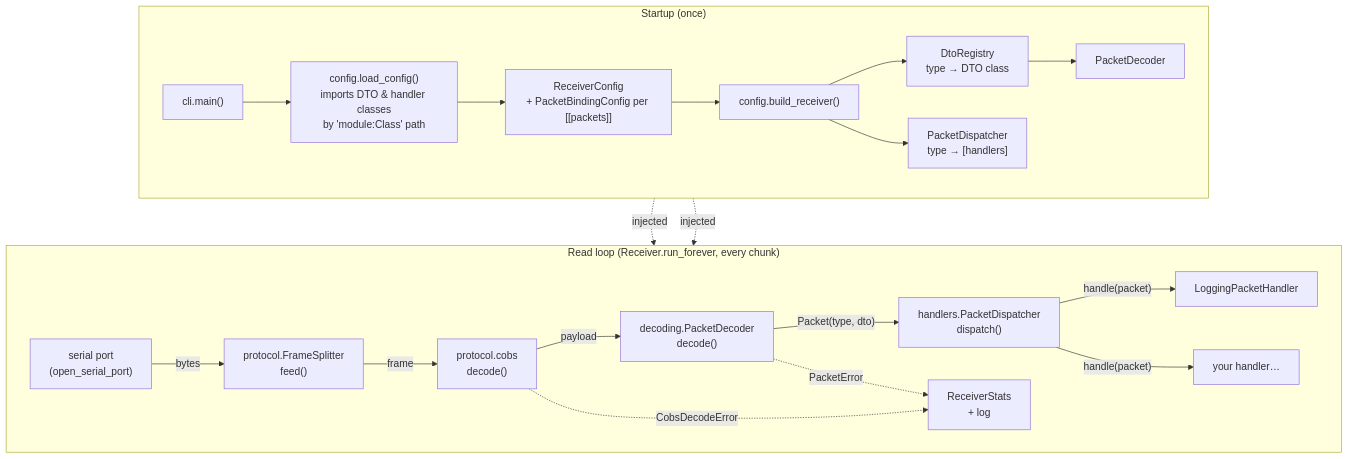
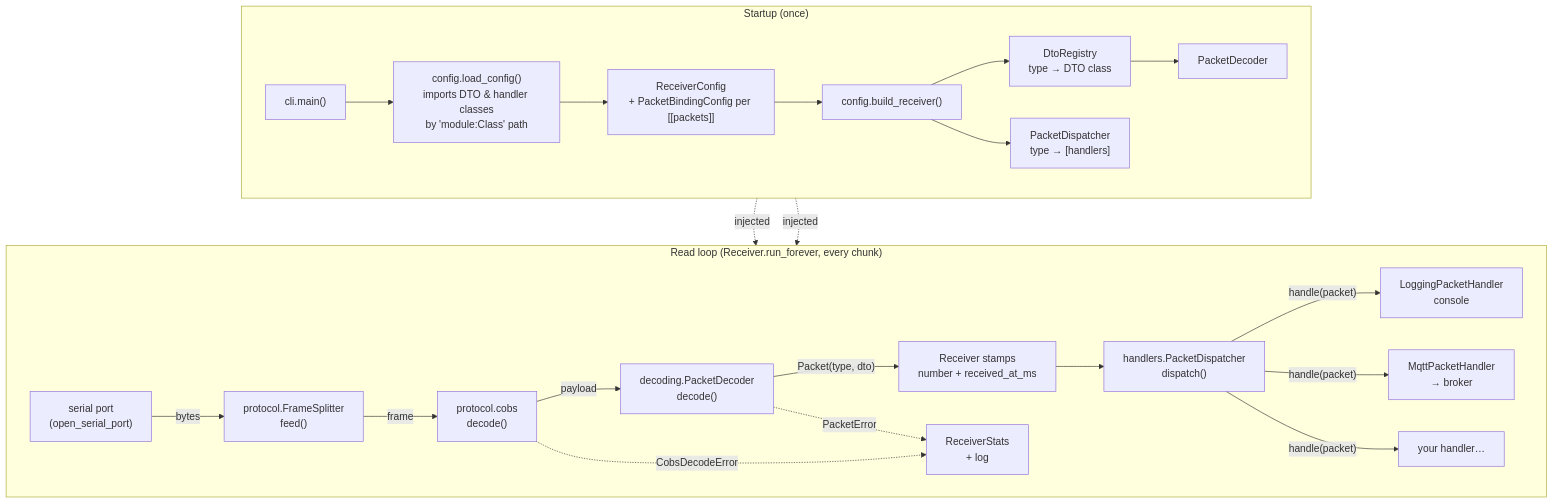
Before and after one commit to dipi-unimore/iot-embedded-serial-communication: the first of 2 diagrams in serial-receiver/README.md, drawn with Mermaid. The commit also changed other lines of this file and 30 other files, not shown here.

Commit message:
MQTT Handler added in the receiver

````diff
--- a/serial-receiver/README.md
+++ b/serial-receiver/README.md
@@ -51,27 +72,29 @@
 ```mermaid
 flowchart TB
     subgraph startup["Startup (once)"]
         direction LR
         CLI["cli.main()"] --> LC["config.load_config()<br/>imports DTO & handler classes<br/>by 'module:Class' path"]
         LC --> RC["ReceiverConfig<br/>+ PacketBindingConfig per [[packets]]"]
         RC --> BF["config.build_receiver()"]
         BF --> REG["DtoRegistry<br/>type → DTO class"]
         BF --> DSP["PacketDispatcher<br/>type → [handlers]"]
         REG --> DEC["PacketDecoder"]
     end
 
     subgraph loop["Read loop (Receiver.run_forever, every chunk)"]
         direction LR
         SER["serial port<br/>(open_serial_port)"] -- "bytes" --> FS["protocol.FrameSplitter<br/>feed()"]
         FS -- "frame" --> CB["protocol.cobs<br/>decode()"]
         CB -- "payload" --> PD["decoding.PacketDecoder<br/>decode()"]
-        PD -- "Packet(type, dto)" --> PDS["handlers.PacketDispatcher<br/>dispatch()"]
-        PDS -- "handle(packet)" --> H1["LoggingPacketHandler"]
-        PDS -- "handle(packet)" --> H2["your handler…"]
+        PD -- "Packet(type, dto)" --> NUM["Receiver stamps<br/>number + received_at_ms"]
+        NUM --> PDS["handlers.PacketDispatcher<br/>dispatch()"]
+        PDS -- "handle(packet)" --> H1["LoggingPacketHandler<br/>console"]
+        PDS -- "handle(packet)" --> H2["MqttPacketHandler<br/>→ broker"]
+        PDS -- "handle(packet)" --> H3["your handler…"]
         CB -. "CobsDecodeError" .-> ST["ReceiverStats<br/>+ log"]
         PD -. "PacketError" .-> ST
     end
 
     DEC -. "injected" .-> PD
     DSP -. "injected" .-> PDS
 ```
````
